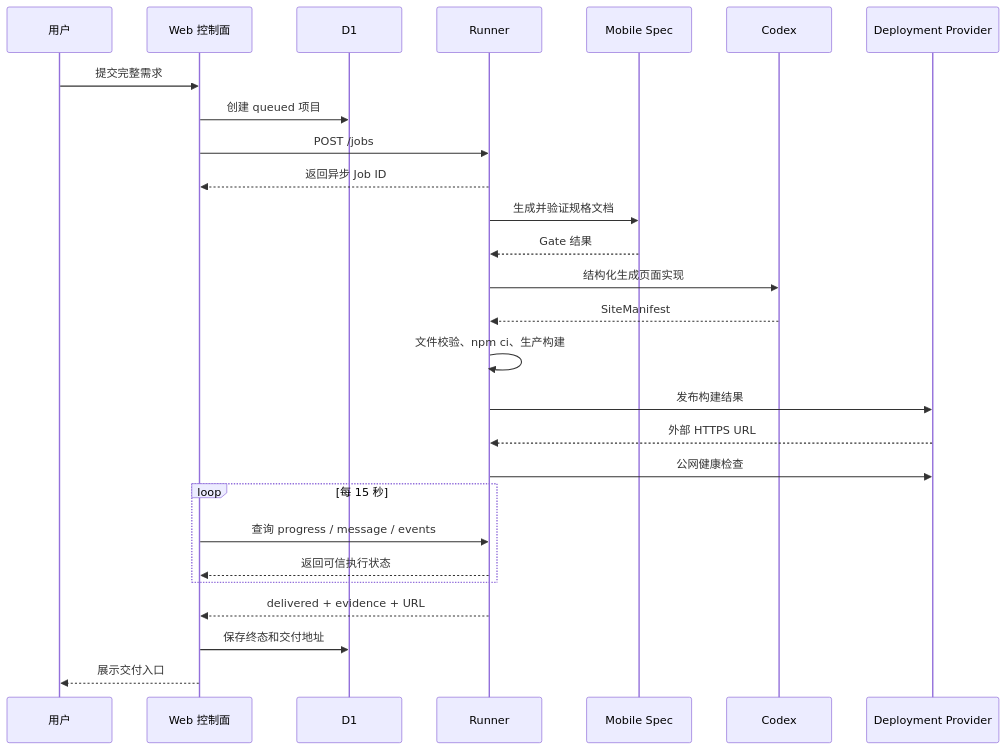
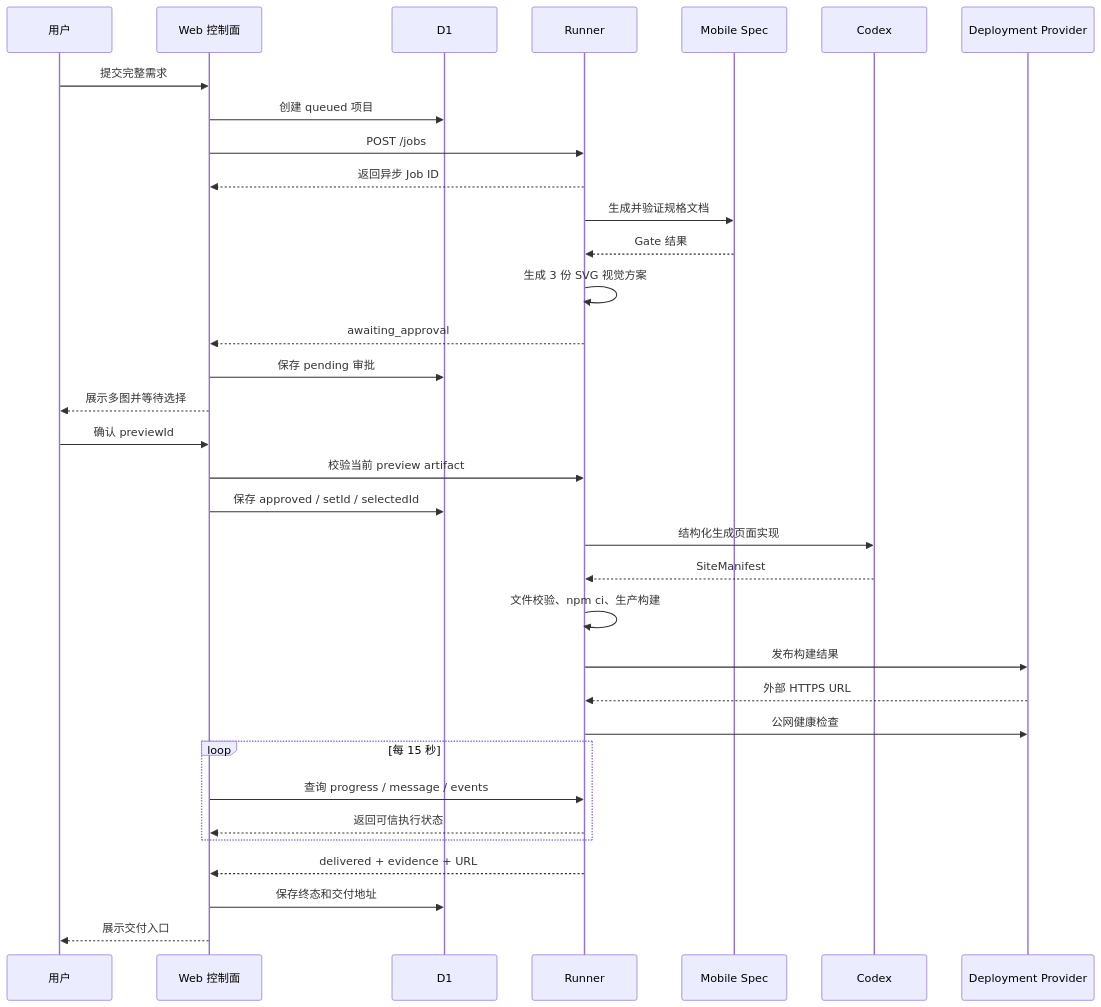
One commit to JonasQiu/mobile-app-build changed the third of 3 diagrams in docs/SiteForge AI 项目介绍.md. Above: the diagram before and after it, drawn with Mermaid. The commit also changed other lines of this file and 37 other files, not shown here.

Commit message:
feat: add preview approval gate before Codex

````diff
--- a/docs/SiteForge AI 项目介绍.md
+++ b/docs/SiteForge AI 项目介绍.md
@@ -128,30 +135,37 @@
 ```mermaid
 sequenceDiagram
   participant U as 用户
   participant W as Web 控制面
   participant D as D1
   participant R as Runner
   participant M as Mobile Spec
   participant C as Codex
   participant P as Deployment Provider
 
   U->>W: 提交完整需求
   W->>D: 创建 queued 项目
   W->>R: POST /jobs
   R-->>W: 返回异步 Job ID
   R->>M: 生成并验证规格文档
   M-->>R: Gate 结果
+  R->>R: 生成 3 份 SVG 视觉方案
+  R-->>W: awaiting_approval
+  W->>D: 保存 pending 审批
+  W-->>U: 展示多图并等待选择
+  U->>W: 确认 previewId
+  W->>R: 校验当前 preview artifact
+  W->>D: 保存 approved / setId / selectedId
   R->>C: 结构化生成页面实现
   C-->>R: SiteManifest
   R->>R: 文件校验、npm ci、生产构建
   R->>P: 发布构建结果
   P-->>R: 外部 HTTPS URL
   R->>P: 公网健康检查
   loop 每 15 秒
     W->>R: 查询 progress / message / events
     R-->>W: 返回可信执行状态
   end
   R-->>W: delivered + evidence + URL
   W->>D: 保存终态和交付地址
   W-->>U: 展示交付入口
 ```
````
